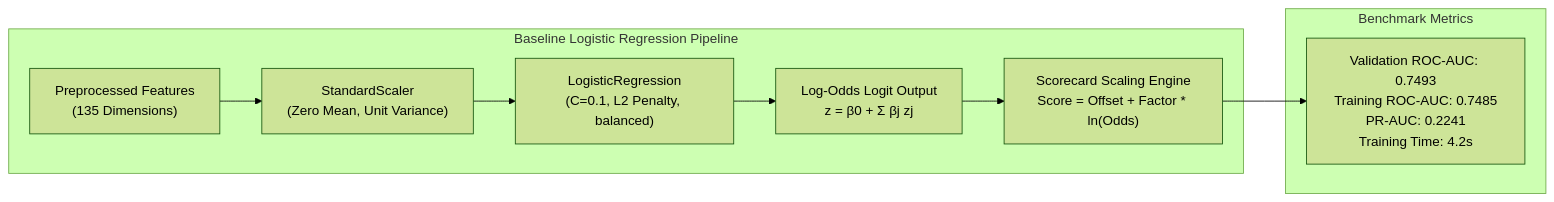
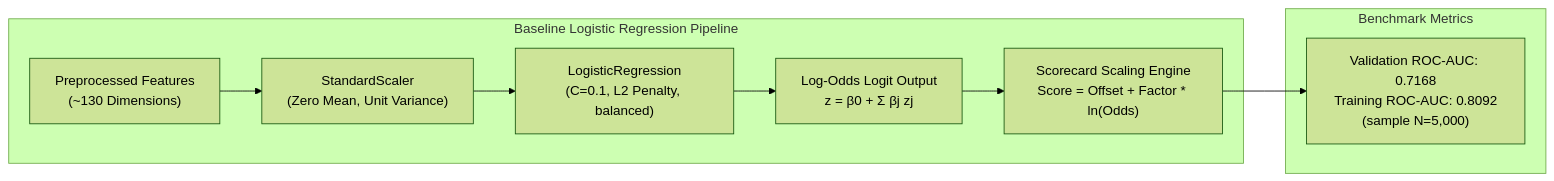
Before and after one commit to limasite48/it5427-credit_risk_bigdata: the fourth of 5 diagrams in README.md, drawn with Mermaid (forest theme). The commit also changed other lines of this file and 111 other files, not shown here.

````diff
--- a/README.md
+++ b/README.md
@@ -455,13 +503,13 @@
 ```mermaid
 flowchart LR
     subgraph BaselinePipeline["Baseline Logistic Regression Pipeline"]
-        RawX["Preprocessed Features\n(135 Dimensions)"] --> Scaler["StandardScaler\n(Zero Mean, Unit Variance)"]
+        RawX["Preprocessed Features\n(~130 Dimensions)"] --> Scaler["StandardScaler\n(Zero Mean, Unit Variance)"]
         Scaler --> LR["LogisticRegression\n(C=0.1, L2 Penalty, balanced)"]
         LR --> LogOdds["Log-Odds Logit Output\nz = β0 + Σ βj zj"]
         LogOdds --> Scorecard["Scorecard Scaling Engine\nScore = Offset + Factor * ln(Odds)"]
     end
 
     subgraph Evaluation["Benchmark Metrics"]
-        Scorecard --> Metrics["Validation ROC-AUC: 0.7493\nTraining ROC-AUC: 0.7485\nPR-AUC: 0.2241\nTraining Time: 4.2s"]
+        Scorecard --> Metrics["Validation ROC-AUC: 0.7168\nTraining ROC-AUC: 0.8092\n(sample N=5,000)"]
     end
 ```
````
